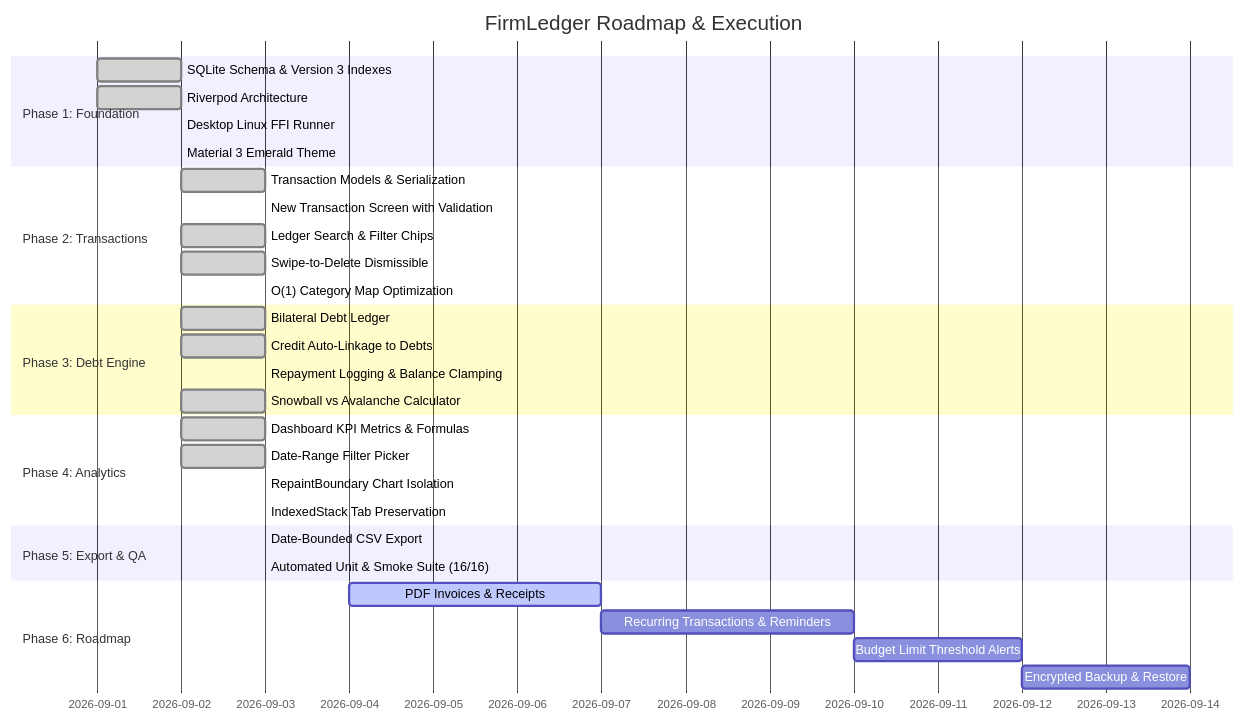
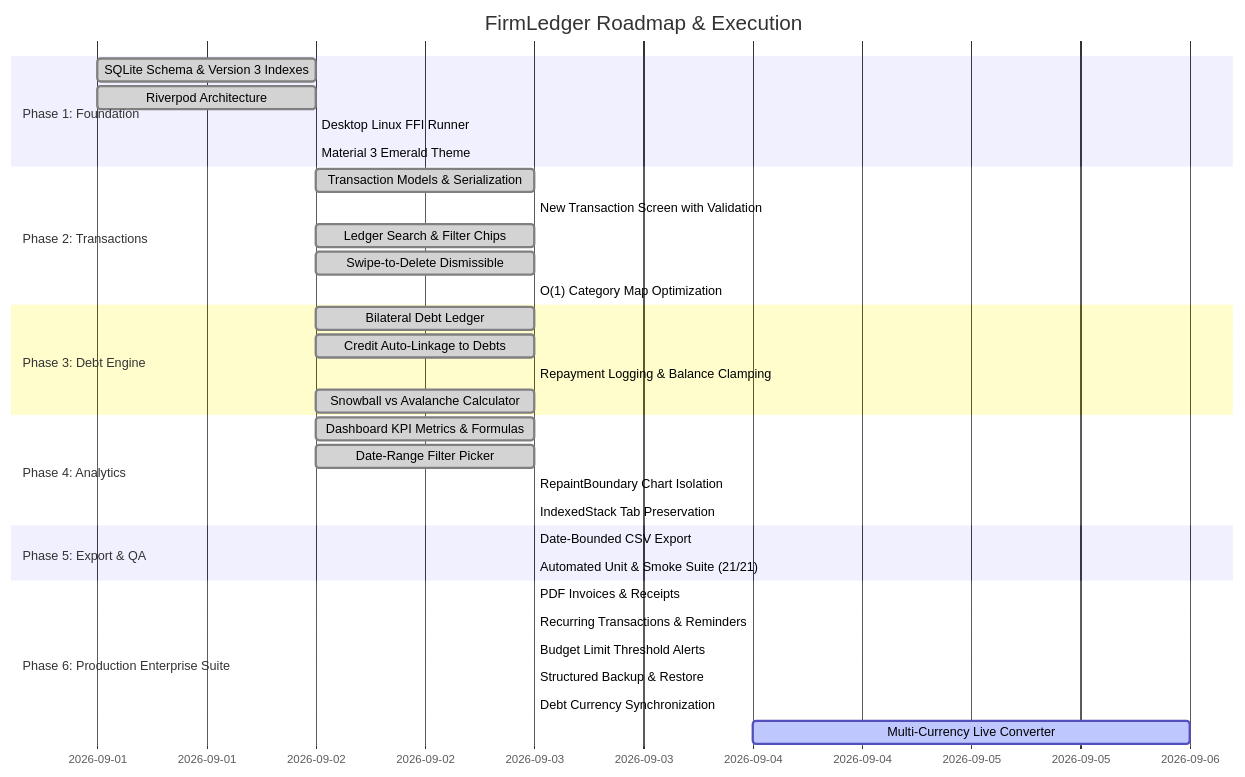
The diagram in .specify/tasks.md (wilamtoner/FirmLeager), drawn with Mermaid before and after one commit. The commit also changed other lines of this file, not shown here.

Commit message:
docs(speckit): update task matrix and progress tracking [P]

````diff
--- a/.specify/tasks.md
+++ b/.specify/tasks.md
@@ -11,34 +11,36 @@
 ```mermaid
 gantt
     title FirmLedger Roadmap & Execution
     dateFormat  YYYY-MM-DD
     section Phase 1: Foundation
     SQLite Schema & Version 3 Indexes       :done, p1_1, 2026-09-01, 2026-09-02
     Riverpod Architecture                   :done, p1_2, 2026-09-01, 2026-09-02
     Desktop Linux FFI Runner                :done, p1_3, 2026-09-02, 2026-09-02
     Material 3 Emerald Theme                :done, p1_4, 2026-09-02, 2026-09-02
     section Phase 2: Transactions
     Transaction Models & Serialization      :done, p2_1, 2026-09-02, 2026-09-03
     New Transaction Screen with Validation  :done, p2_2, 2026-09-03, 2026-09-03
     Ledger Search & Filter Chips            :done, p2_3, 2026-09-02, 2026-09-03
     Swipe-to-Delete Dismissible             :done, p2_4, 2026-09-02, 2026-09-03
     O(1) Category Map Optimization          :done, p2_5, 2026-09-03, 2026-09-03
     section Phase 3: Debt Engine
     Bilateral Debt Ledger                   :done, p3_1, 2026-09-02, 2026-09-03
     Credit Auto-Linkage to Debts            :done, p3_2, 2026-09-02, 2026-09-03
     Repayment Logging & Balance Clamping    :done, p3_3, 2026-09-03, 2026-09-03
     Snowball vs Avalanche Calculator        :done, p3_4, 2026-09-02, 2026-09-03
     section Phase 4: Analytics
     Dashboard KPI Metrics & Formulas        :done, p4_1, 2026-09-02, 2026-09-03
     Date-Range Filter Picker                :done, p4_2, 2026-09-02, 2026-09-03
     RepaintBoundary Chart Isolation         :done, p4_3, 2026-09-03, 2026-09-03
     IndexedStack Tab Preservation           :done, p4_4, 2026-09-03, 2026-09-03
     section Phase 5: Export & QA
     Date-Bounded CSV Export                 :done, p5_1, 2026-09-03, 2026-09-03
-    Automated Unit & Smoke Suite (16/16)    :done, p5_2, 2026-09-03, 2026-09-03
-    section Phase 6: Roadmap
-    PDF Invoices & Receipts                 :active, p6_1, 2026-09-04, 3d
-    Recurring Transactions & Reminders      :p6_2, after p6_1, 3d
-    Budget Limit Threshold Alerts           :p6_3, after p6_2, 2d
-    Encrypted Backup & Restore              :p6_4, after p6_3, 2d
+    Automated Unit & Smoke Suite (21/21)    :done, p5_2, 2026-09-03, 2026-09-03
+    section Phase 6: Production Enterprise Suite
+    PDF Invoices & Receipts                 :done, p6_1, 2026-09-03, 2026-09-03
+    Recurring Transactions & Reminders      :done, p6_2, 2026-09-03, 2026-09-03
+    Budget Limit Threshold Alerts           :done, p6_3, 2026-09-03, 2026-09-03
+    Structured Backup & Restore             :done, p6_4, 2026-09-03, 2026-09-03
+    Debt Currency Synchronization           :done, p6_5, 2026-09-03, 2026-09-03
+    Multi-Currency Live Converter           :active, p6_6, 2026-09-04, 2d
 ```
````
